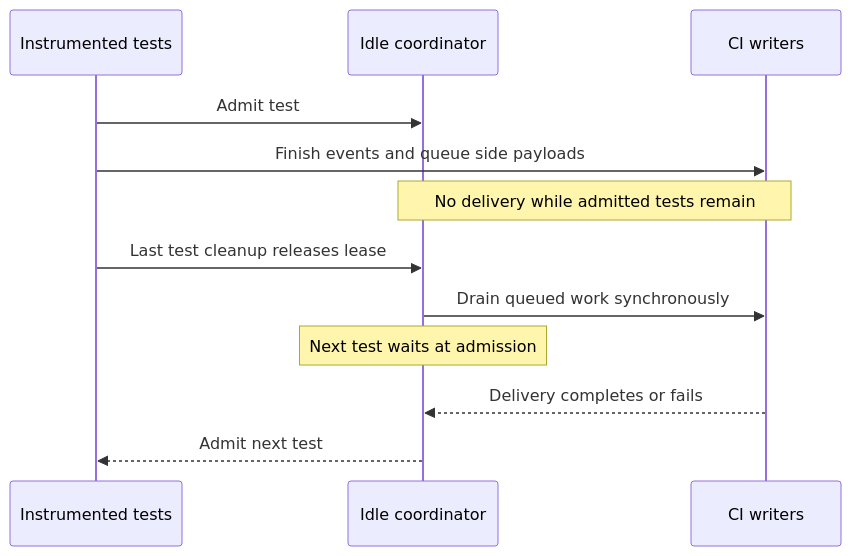
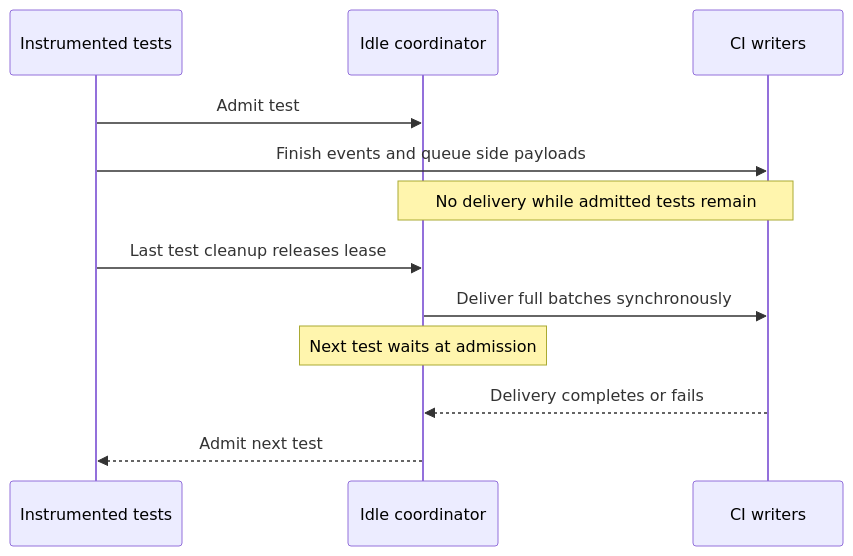
The first of 3 diagrams in docs/delivery.md (tonyredondo/dd-ci-testing-poc), drawn with Mermaid before and after one commit. The commit also changed other lines of this file and 17 other files, not shown here.

````diff
--- a/docs/delivery.md
+++ b/docs/delivery.md
@@ -20,14 +22,14 @@
 ```mermaid
 sequenceDiagram
     participant Test as Instrumented tests
     participant Idle as Idle coordinator
     participant Send as CI writers
     Test->>Idle: Admit test
     Test->>Send: Finish events and queue side payloads
     Note over Idle,Send: No delivery while admitted tests remain
     Test->>Idle: Last test cleanup releases lease
-    Idle->>Send: Drain queued work synchronously
+    Idle->>Send: Deliver full batches synchronously
     Note over Idle: Next test waits at admission
     Send-->>Idle: Delivery completes or fails
     Idle-->>Test: Admit next test
 ```
````
